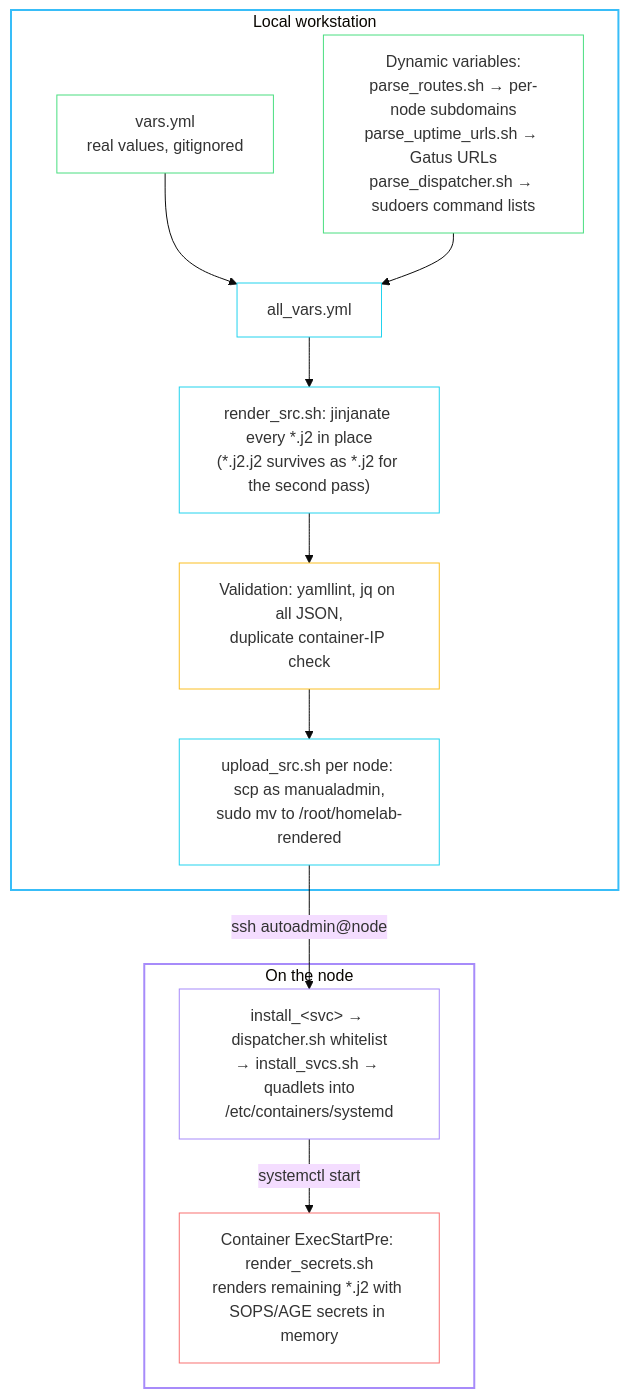
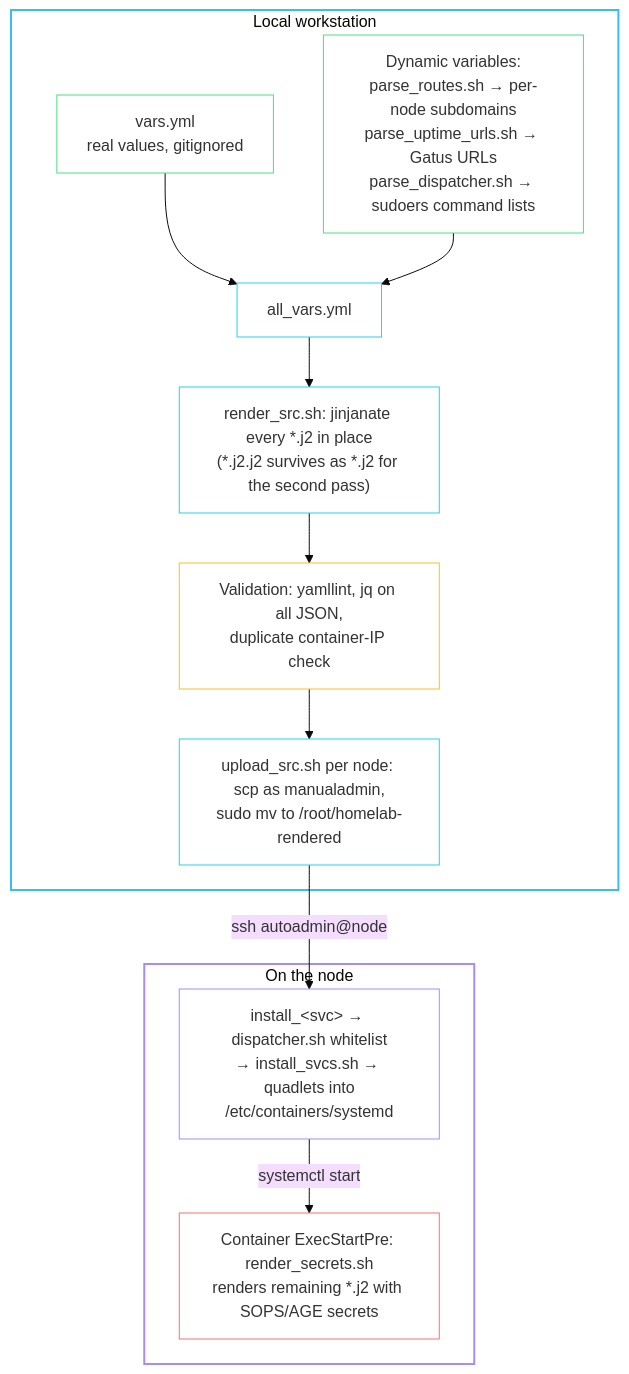
The diagram in src/www/docs/homelab/development.md (babraham123/homesite), drawn with Mermaid (base theme) before and after one commit. The commit also changed 3 other files, not shown here.

````diff
--- a/src/www/docs/homelab/development.md
+++ b/src/www/docs/homelab/development.md
@@ -48,35 +48,35 @@
 ```mermaid
 flowchart TB
     subgraph local["Local workstation"]
         vars["vars.yml<br/>real values, gitignored"]
         parse["Dynamic variables:<br/>parse_routes.sh → per-node subdomains<br/>parse_uptime_urls.sh → Gatus URLs<br/>parse_dispatcher.sh → sudoers command lists"]
         allvars["all_vars.yml"]
         render["render_src.sh: jinjanate every *.j2 in place<br/>(*.j2.j2 survives as *.j2 for the second pass)"]
         validate["Validation: yamllint, jq on all JSON,<br/>duplicate container-IP check"]
         upload["upload_src.sh per node: scp as manualadmin,<br/>sudo mv to /root/homelab-rendered"]
     end
 
     subgraph node["On the node"]
         dispatch["install_&lt;svc&gt; → dispatcher.sh whitelist<br/>→ install_svcs.sh → quadlets into<br/>/etc/containers/systemd"]
-        second["Container ExecStartPre: render_secrets.sh<br/>renders remaining *.j2 with SOPS/AGE secrets in memory"]
+        second["Container ExecStartPre: render_secrets.sh<br/>renders remaining *.j2 with SOPS/AGE secrets"]
     end
 
     vars --> allvars
     parse --> allvars
     allvars --> render --> validate --> upload
     upload -- "ssh autoadmin@node" --> dispatch
     dispatch -- "systemctl start" --> second
 
     style local stroke:#38bdf8,stroke-width:2px,fill:transparent
     style node stroke:#a78bfa,stroke-width:2px,fill:transparent
     classDef input stroke:#4ade80,fill:transparent
     classDef step stroke:#22d3ee,fill:transparent
     classDef onnode stroke:#a78bfa,fill:transparent
     classDef check stroke:#fbbf24,fill:transparent
     classDef secret stroke:#f87171,fill:transparent
     class vars,parse input
     class allvars,render,upload step
     class dispatch onnode
     class validate check
     class second secret
 ```
````
